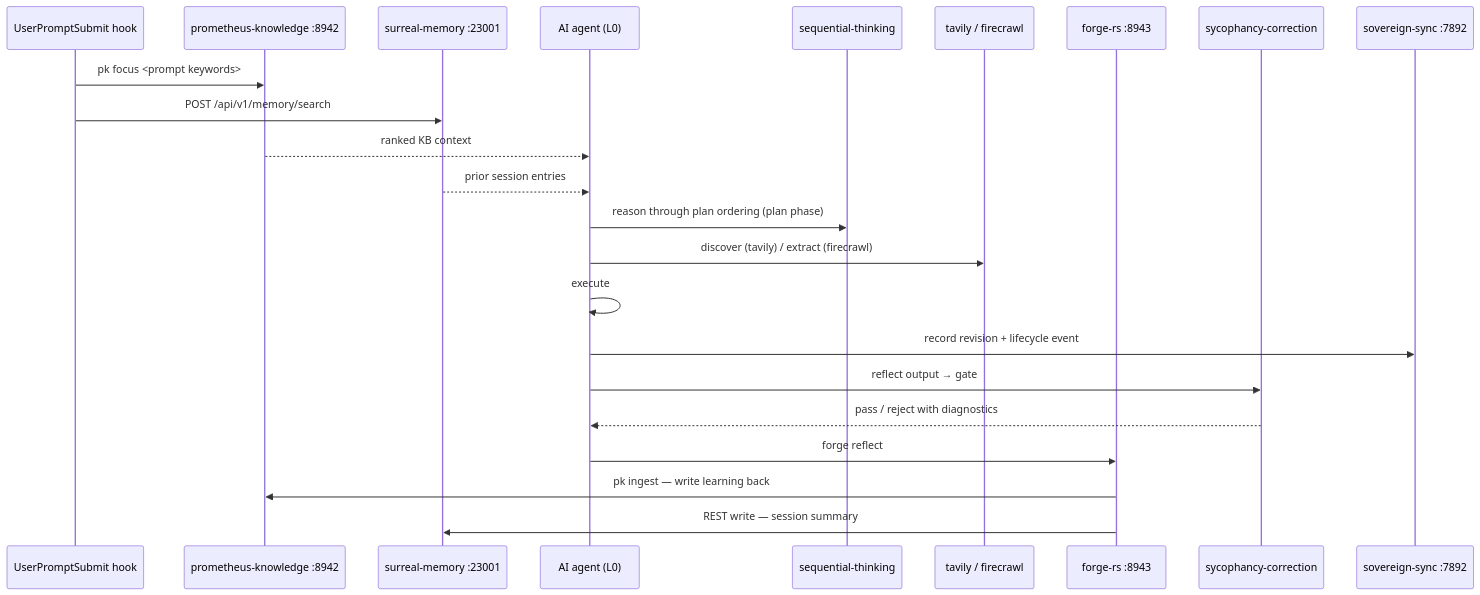
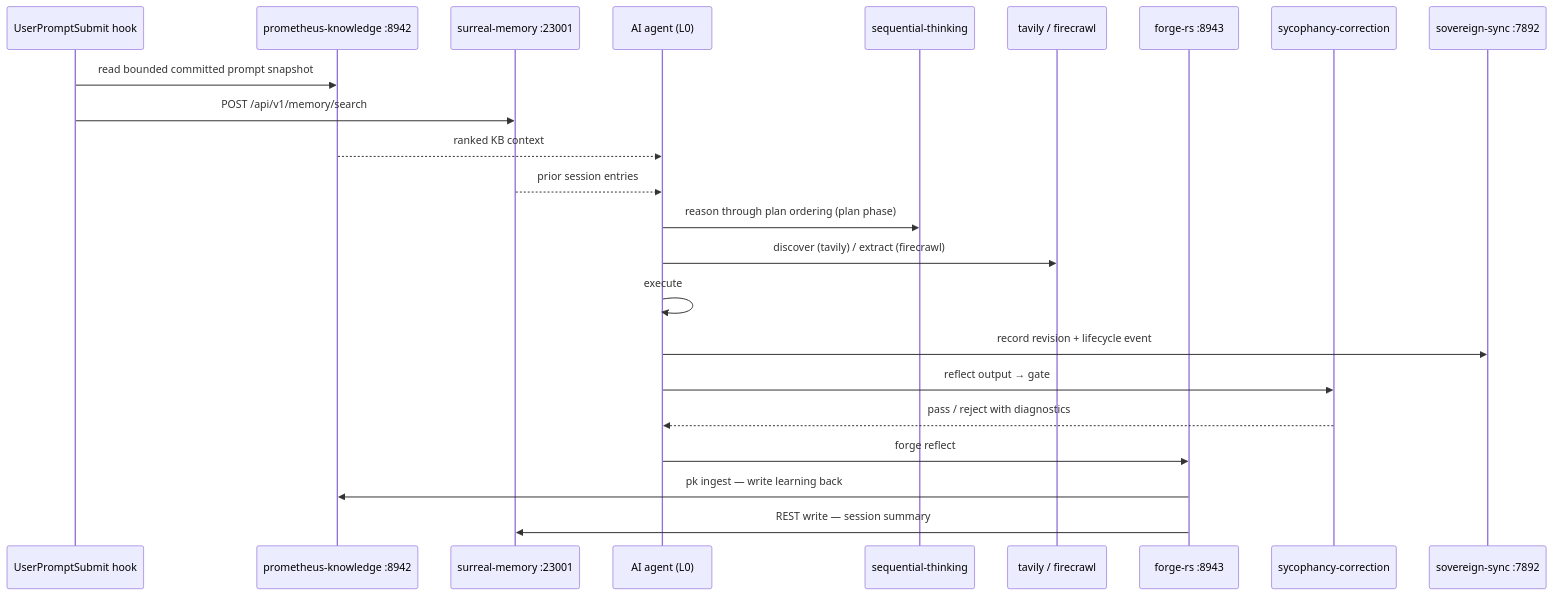
The first of 2 diagrams in docs/guide/05-mcp-substrate.md (Prometheus-AGS/prometheus-skill-system), drawn with Mermaid before and after one commit. The commit also changed other lines of this file and 100 other files, not shown here.

````diff
--- a/docs/guide/05-mcp-substrate.md
+++ b/docs/guide/05-mcp-substrate.md
@@ -29,26 +29,26 @@
 ```mermaid
 sequenceDiagram
     participant Hook as UserPromptSubmit hook
     participant PK as prometheus-knowledge :8942
     participant Mem as surreal-memory :23001
     participant Agent as AI agent (L0)
     participant Think as sequential-thinking
     participant Web as tavily / firecrawl
     participant Forge as forge-rs :8943
     participant Syco as sycophancy-correction
     participant Sync as sovereign-sync :7892
 
-    Hook->>PK: pk focus <prompt keywords>
+    Hook->>PK: read bounded committed prompt snapshot
     Hook->>Mem: POST /api/v1/memory/search
     PK-->>Agent: ranked KB context
     Mem-->>Agent: prior session entries
     Agent->>Think: reason through plan ordering (plan phase)
     Agent->>Web: discover (tavily) / extract (firecrawl)
     Agent->>Agent: execute
     Agent->>Sync: record revision + lifecycle event
     Agent->>Syco: reflect output → gate
     Syco-->>Agent: pass / reject with diagnostics
     Agent->>Forge: forge reflect
     Forge->>PK: pk ingest — write learning back
     Forge->>Mem: REST write — session summary
 ```
````
